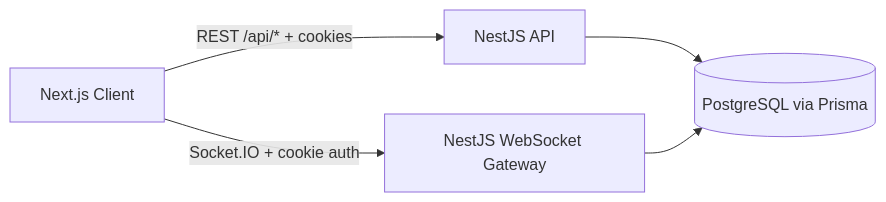
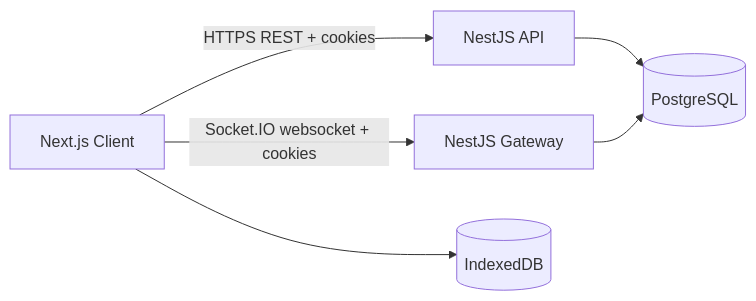
The diagram in README.md (itsmedeejey/end2end), drawn with Mermaid before and after one commit. The commit also changed other lines of this file, not shown here.

````diff
--- a/README.md
+++ b/README.md
@@ -50,7 +71,8 @@
 ```mermaid
 flowchart LR
-  C[Next.js Client] -->|REST /api/* + cookies| A[NestJS API]
-  C -->|Socket.IO + cookie auth| W[NestJS WebSocket Gateway]
-  A --> P[(PostgreSQL via Prisma)]
+  C[Next.js Client] -->|HTTPS REST + cookies| A[NestJS API]
+  C -->|Socket.IO websocket + cookies| W[NestJS Gateway]
+  A --> P[(PostgreSQL)]
   W --> P
+  C --> I[(IndexedDB)]
 ```
````
